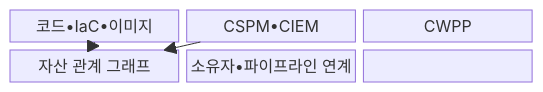
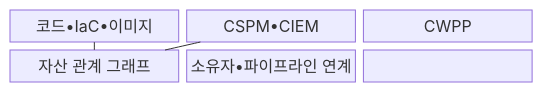
The first of 2 diagrams in src/content/docs/notes/05-security/073_cnapp.md (agnusdei1207/knowledge-base), drawn with Mermaid before and after one commit. The commit also changed other lines of this file and 493 other files, not shown here.

````diff
--- a/src/content/docs/notes/05-security/073_cnapp.md
+++ b/src/content/docs/notes/05-security/073_cnapp.md
@@ -63,12 +63,12 @@
 ```mermaid
 block-beta
   columns 3
   A["코드•IaC•이미지"]
   B["CSPM•CIEM"]
   C["CWPP"]
   D["자산 관계 그래프"]
   E["소유자•파이프라인 연계"]
-  A --> D
-  B --> D
-  C --> D --> E
+  A --- D
+  B --- D
+  C --- D --- E
 ```
````
